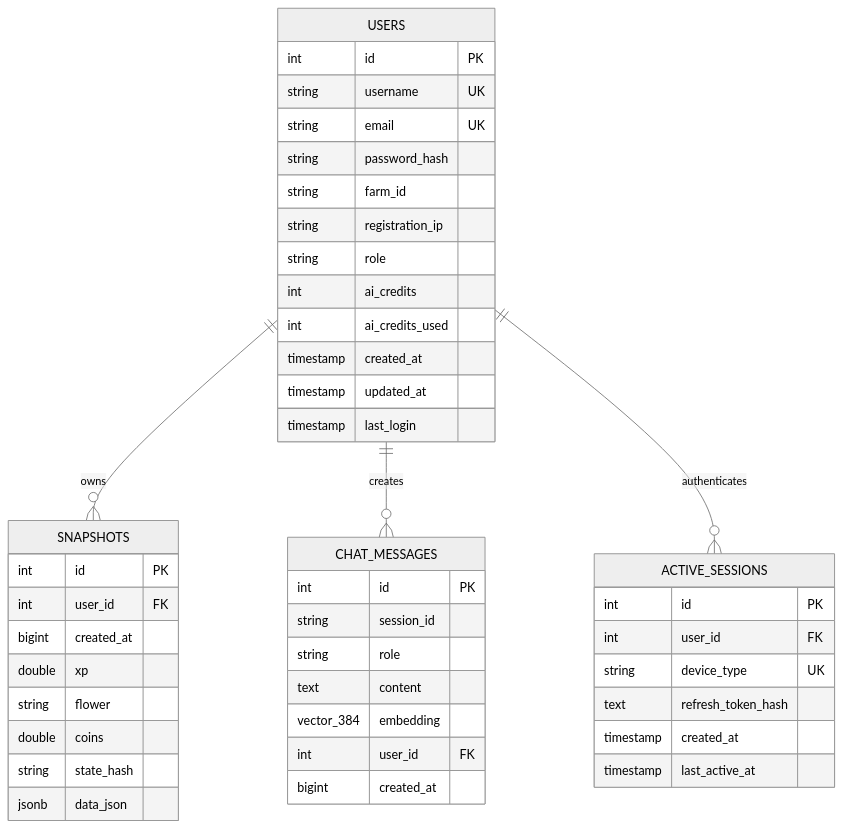
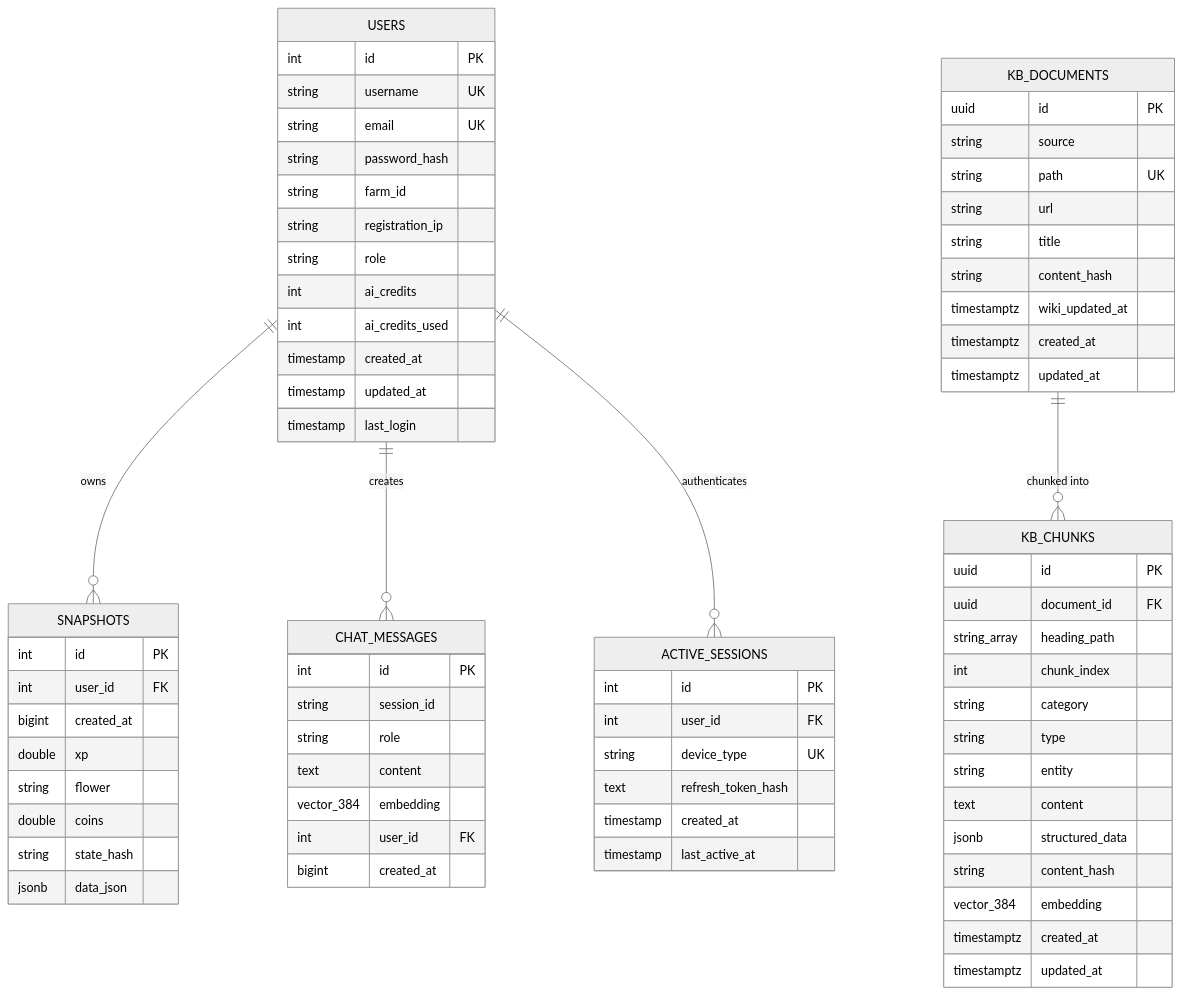
The diagram in docs/08_CLASS_MAPPING.md (subhradip-me/eldric-sfl-ai-companion), drawn with Mermaid (neutral theme) before and after one commit. The commit also changed other lines of this file and 34 other files, not shown here.

````diff
--- a/docs/08_CLASS_MAPPING.md
+++ b/docs/08_CLASS_MAPPING.md
@@ -5,51 +5,80 @@
 ```mermaid
 erDiagram
     USERS ||--o{ SNAPSHOTS : "owns"
     USERS ||--o{ CHAT_MESSAGES : "creates"
     USERS ||--o{ ACTIVE_SESSIONS : "authenticates"
+    KB_DOCUMENTS ||--o{ KB_CHUNKS : "chunked into"
 
     USERS {
         int id PK
         string username UK
         string email UK
         string password_hash
         string farm_id
         string registration_ip
         string role
         int ai_credits
         int ai_credits_used
         timestamp created_at
         timestamp updated_at
         timestamp last_login
     }
 
     ACTIVE_SESSIONS {
         int id PK
         int user_id FK
         string device_type UK
         text refresh_token_hash
         timestamp created_at
         timestamp last_active_at
     }
 
     SNAPSHOTS {
         int id PK
         int user_id FK
         bigint created_at
         double xp
         string flower
         double coins
         string state_hash
         jsonb data_json
     }
 
     CHAT_MESSAGES {
         int id PK
         string session_id
         string role
         text content
         vector_384 embedding
         int user_id FK
         bigint created_at
     }
+
+    KB_DOCUMENTS {
+        uuid id PK
+        string source
+        string path UK
+        string url
+        string title
+        string content_hash
+        timestamptz wiki_updated_at
+        timestamptz created_at
+        timestamptz updated_at
+    }
+
+    KB_CHUNKS {
+        uuid id PK
+        uuid document_id FK
+        string_array heading_path
+        int chunk_index
+        string category
+        string type
+        string entity
+        text content
+        jsonb structured_data
+        string content_hash
+        vector_384 embedding
+        timestamptz created_at
+        timestamptz updated_at
+    }
 ```
````
